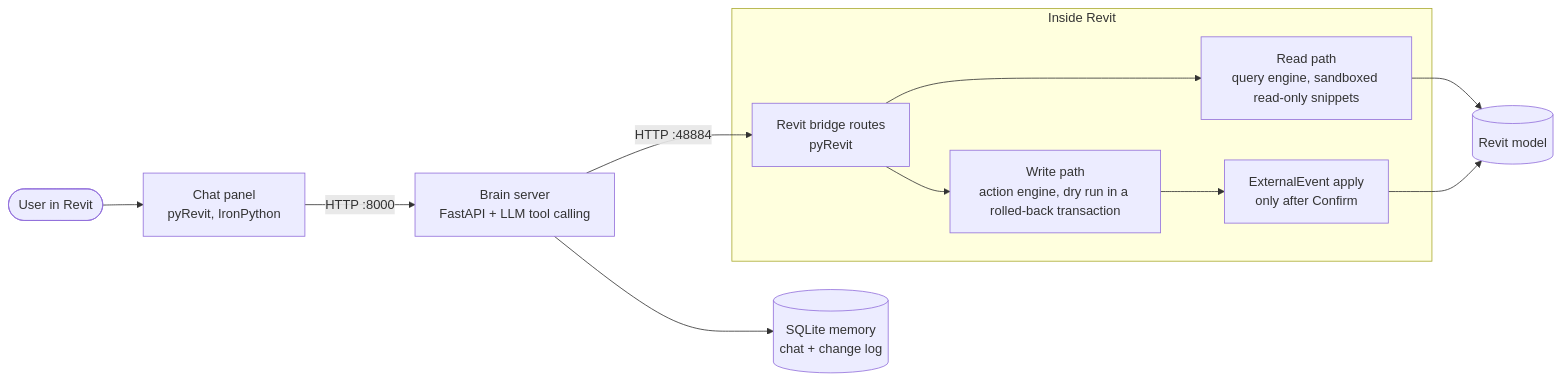
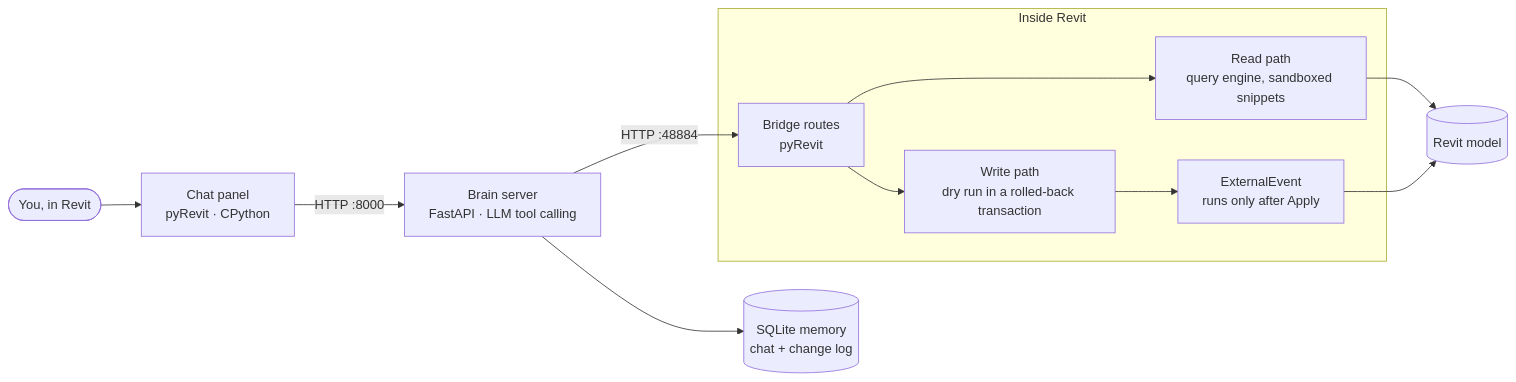
The diagram in README.md (sindhupasham277/BIM_AGENT), drawn with Mermaid before and after one commit. The commit also changed other lines of this file and 1 other file, not shown here.

````diff
--- a/README.md
+++ b/README.md
@@ -45,14 +45,14 @@
 ```mermaid
 flowchart LR
-    U([User in Revit]) --> P[Chat panel<br/>pyRevit, IronPython]
-    P -- "HTTP :8000" --> B[Brain server<br/>FastAPI + LLM tool calling]
-    B --> M[(SQLite memory<br/>chat + change log)]
-    B -- "HTTP :48884" --> R[Revit bridge routes<br/>pyRevit]
+    U([You, in Revit]) --> P["Chat panel<br/>pyRevit · CPython"]
+    P -- "HTTP :8000" --> B["Brain server<br/>FastAPI · LLM tool calling"]
+    B --> M[("SQLite memory<br/>chat + change log")]
+    B -- "HTTP :48884" --> R["Bridge routes<br/>pyRevit"]
     subgraph Revit["Inside Revit"]
-        R --> RO[Read path<br/>query engine, sandboxed read-only snippets]
-        R --> RW[Write path<br/>action engine, dry run in a rolled-back transaction]
-        RW --> EE[ExternalEvent apply<br/>only after Confirm]
+        R --> RO["Read path<br/>query engine, sandboxed snippets"]
+        R --> RW["Write path<br/>dry run in a rolled-back transaction"]
+        RW --> EE["ExternalEvent<br/>runs only after Apply"]
     end
     RO --> D[(Revit model)]
     EE --> D
 ```
````
